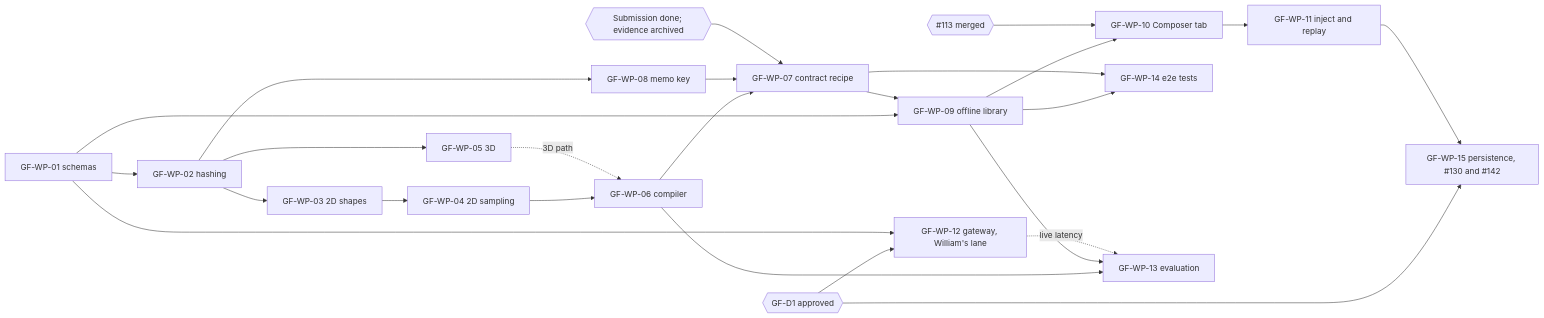
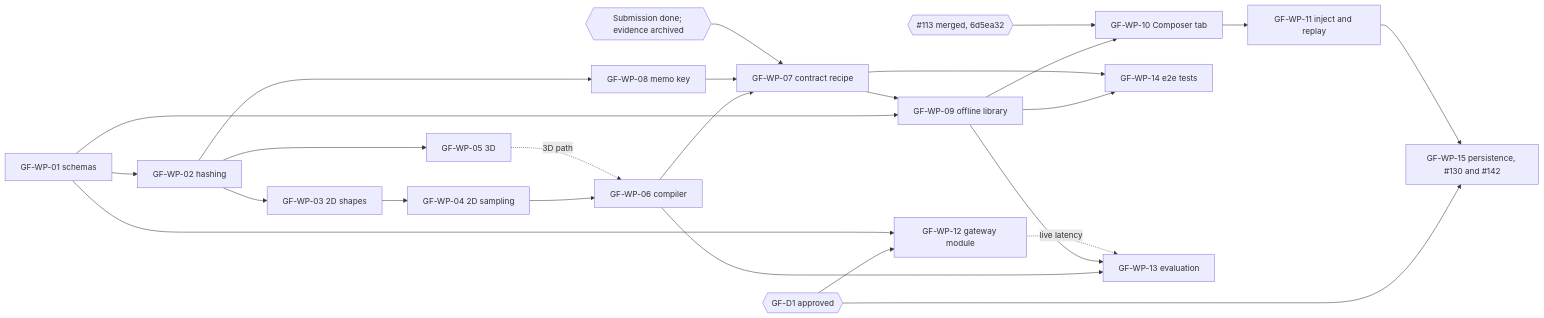
Before and after one commit to durhacko/Pihh: the diagram in docs/planning/gemini-integration-work-packages.md, drawn with Mermaid. The commit also changed other lines of this file and 2 other files, not shown here.

````diff
--- a/docs/planning/gemini-integration-work-packages.md
+++ b/docs/planning/gemini-integration-work-packages.md
@@ -503,28 +509,28 @@
 ```mermaid
 flowchart LR
   D1{{GF-D1 approved}}
   SUB{{Submission done; evidence archived}}
   WP01[GF-WP-01 schemas] --> WP02[GF-WP-02 hashing]
   WP02 --> WP03[GF-WP-03 2D shapes] --> WP04[GF-WP-04 2D sampling]
   WP02 --> WP05[GF-WP-05 3D]
   WP04 --> WP06[GF-WP-06 compiler]
   WP05 -. 3D path .-> WP06
   WP02 --> WP08[GF-WP-08 memo key]
   WP06 --> WP07[GF-WP-07 contract recipe]
   WP08 --> WP07
   SUB --> WP07
   WP01 --> WP09[GF-WP-09 offline library]
   WP07 --> WP09
   WP09 --> WP10[GF-WP-10 Composer tab]
-  B113{{#113 merged}} --> WP10
+  B113{{#113 merged, 6d5ea32}} --> WP10
   WP10 --> WP11[GF-WP-11 inject and replay]
   WP09 --> WP14[GF-WP-14 e2e tests]
   WP07 --> WP14
   WP06 --> WP13[GF-WP-13 evaluation]
   WP09 --> WP13
-  D1 --> WP12[GF-WP-12 gateway, William's lane]
+  D1 --> WP12[GF-WP-12 gateway module]
   WP01 --> WP12
   WP12 -. live latency .-> WP13
   D1 --> WP15[GF-WP-15 persistence, #130 and #142]
   WP11 --> WP15
 ```
````
